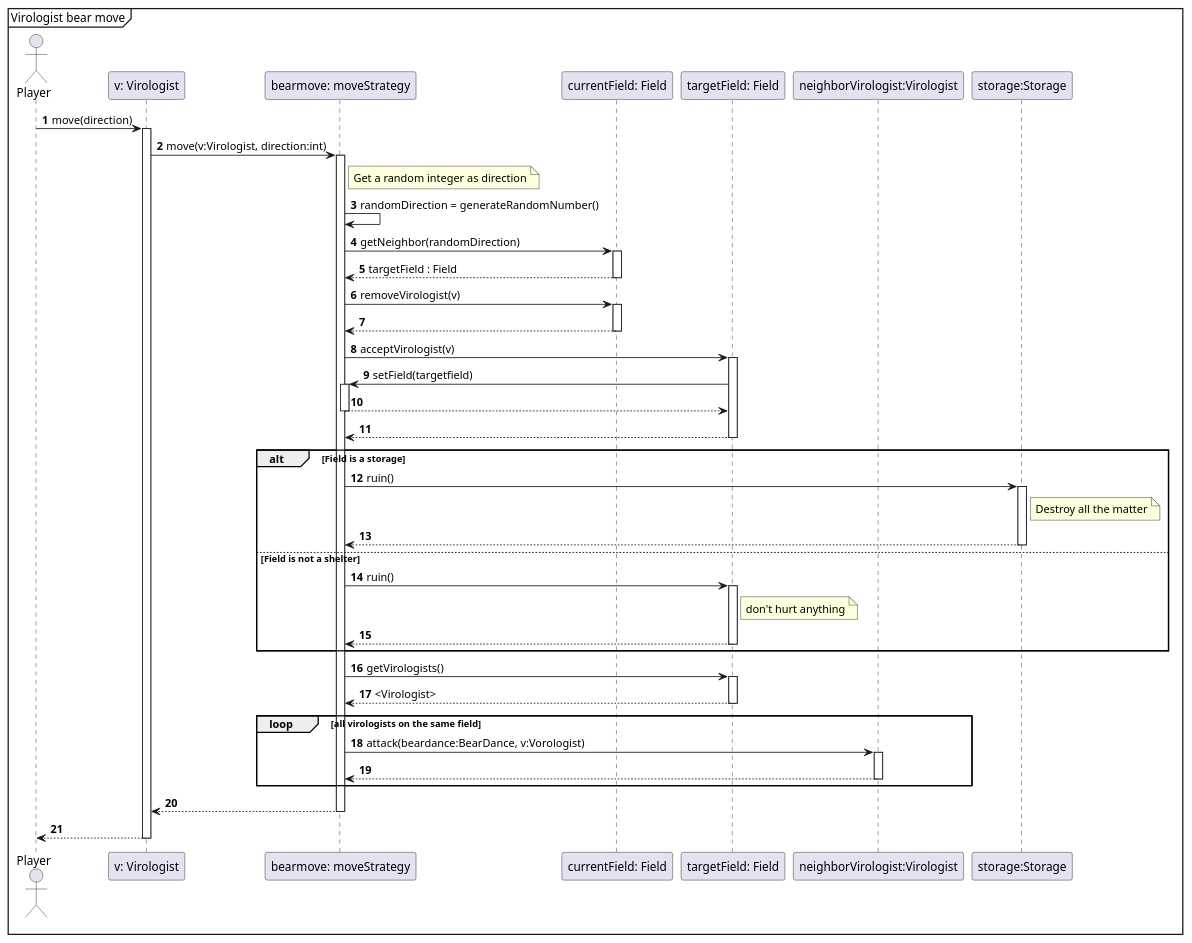
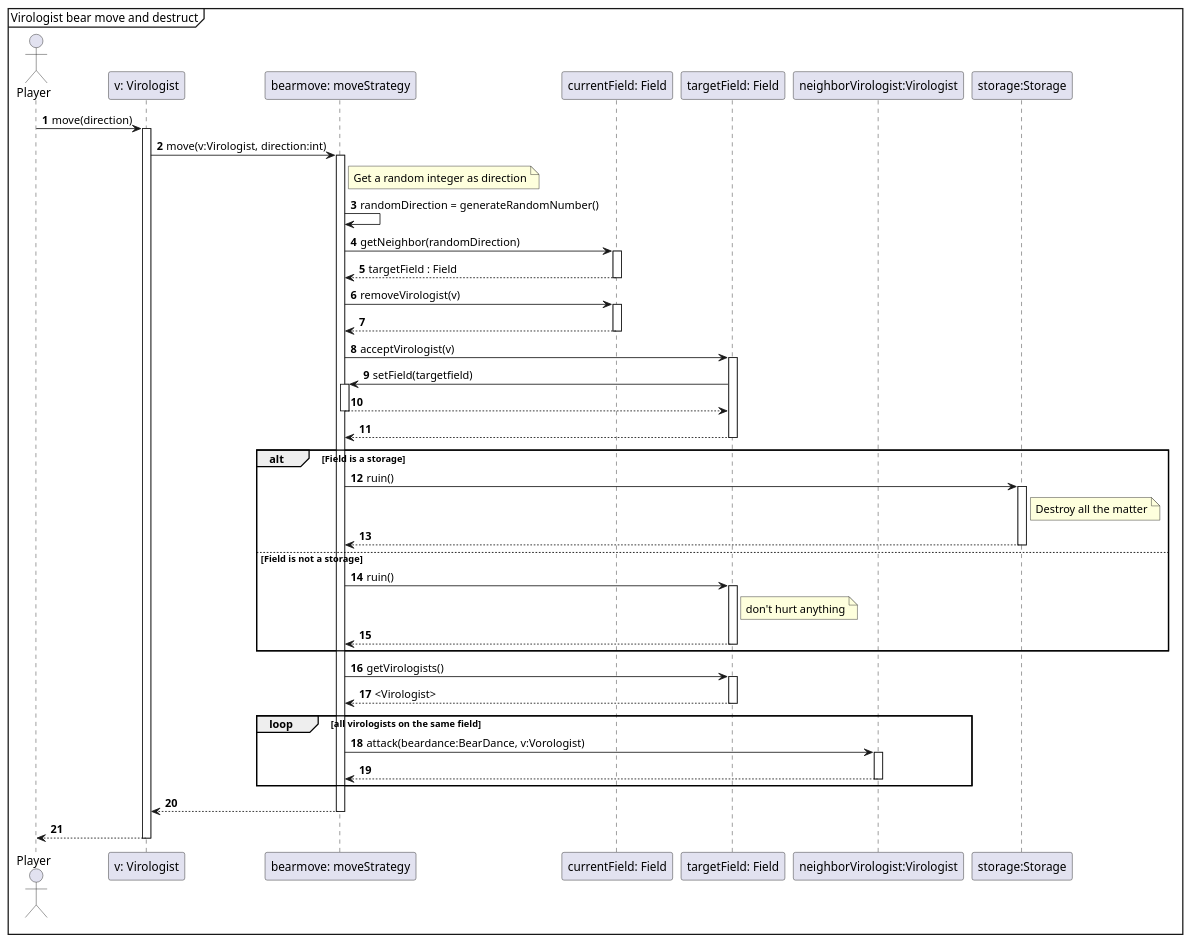
One commit to Projlab-csb/projlab-virologus changed the diagram in Modification_1/mod_1-seq-diagrams/BearDestruct.puml. Above: the diagram before and after it, drawn with PlantUML. The commit also changed 4 other files, not shown here.

```diff
--- a/Modification_1/mod_1-seq-diagrams/BearDestruct.puml
+++ b/Modification_1/mod_1-seq-diagrams/BearDestruct.puml
@@ -1,72 +1,72 @@
 @startuml
 'https://plantuml.com/sequence-diagram
 
 autonumber
 
-mainframe Virologist bear move
+mainframe Virologist bear move and destruct
 
 actor Player
 participant "v: Virologist" as Virologist
 participant "bearmove: moveStrategy" as moveStrategy
 participant "currentField: Field" as currentField
 participant "targetField: Field" as targetField
 participant "neighborVirologist:Virologist" as neighborVirologist
 participant "storage:Storage" as storage
 
 
 
 Player -> Virologist: move(direction)
 Activate Virologist
 
 Virologist->moveStrategy++:move(v:Virologist, direction:int)
 
 note right of moveStrategy
 Get a random integer as direction
 end note
 moveStrategy -> moveStrategy: randomDirection = generateRandomNumber()
 
 moveStrategy-> currentField: getNeighbor(randomDirection)
 Activate currentField
 currentField --> moveStrategy: targetField : Field
 Deactivate currentField
 
 moveStrategy -> currentField: removeVirologist(v)
 Activate currentField
 currentField --> moveStrategy:
 Deactivate currentField
 
 moveStrategy -> targetField: acceptVirologist(v)
 Activate targetField
 targetField->moveStrategy++: setField(targetfield)
 moveStrategy-->targetField--
 targetField --> moveStrategy--
 
 alt Field is a storage
 moveStrategy->storage++:ruin()
 note right of storage
 Destroy all the matter
 end note
 storage-->moveStrategy--
-else Field is not a shelter
+else Field is not a storage
 moveStrategy->targetField++:ruin()
 note right of targetField
 don't hurt anything
 end note
 targetField-->moveStrategy--
 end alt
 
 
 moveStrategy->targetField++:getVirologists()
 targetField-->moveStrategy--:<Virologist>
 loop all virologists on the same field
         moveStrategy->neighborVirologist++:attack(beardance:BearDance, v:Vorologist)
         neighborVirologist-->moveStrategy--
 end
 
 Deactivate targetField
 
 
 moveStrategy-->Virologist--
 Virologist --> Player:
 Deactivate Virologist
 @enduml
```
